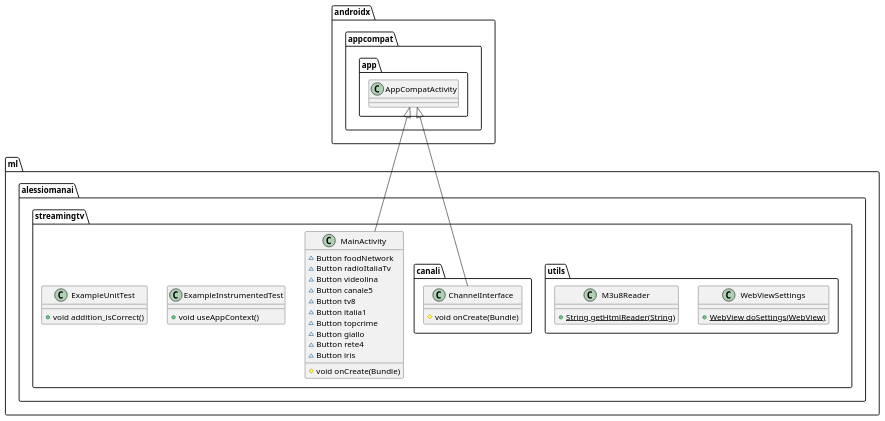
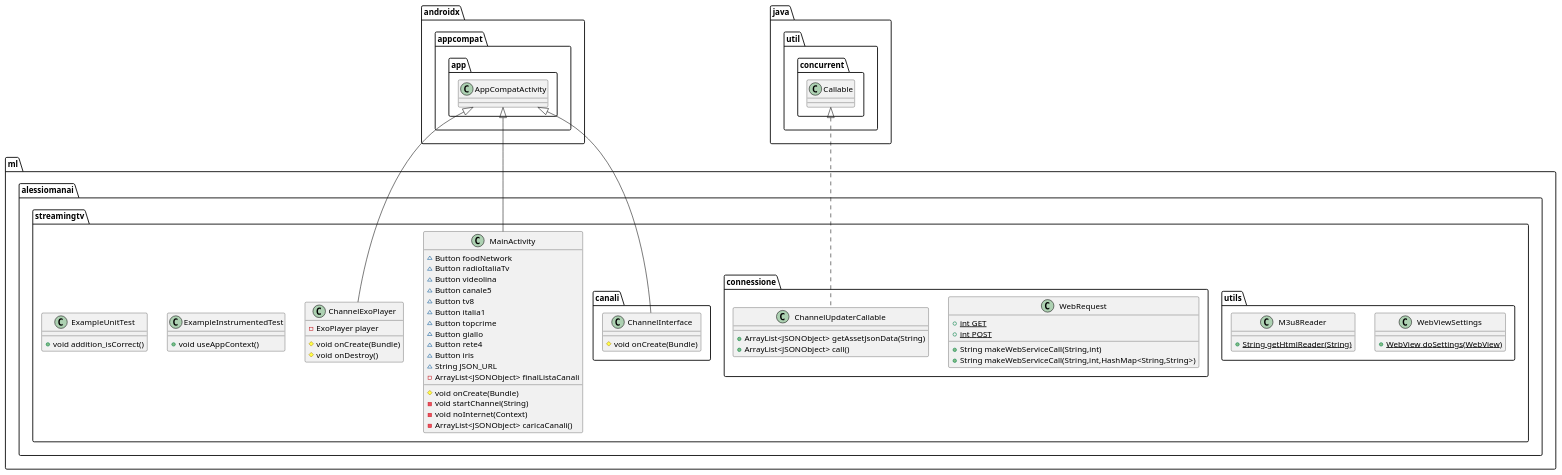
The diagram in docs/streamingtv.puml (alessiomanai/StreamingTV), drawn with PlantUML before and after one commit. The commit also changed 1 other file, not shown here.

```diff
--- a/docs/streamingtv.puml
+++ b/docs/streamingtv.puml
@@ -1,34 +1,56 @@
 @startuml
 class ml.alessiomanai.streamingtv.utils.WebViewSettings {
 + {static} WebView doSettings(WebView)
+}
+class ml.alessiomanai.streamingtv.connessione.WebRequest {
++ {static} int GET
++ {static} int POST
++ String makeWebServiceCall(String,int)
++ String makeWebServiceCall(String,int,HashMap<String,String>)
 }
 class ml.alessiomanai.streamingtv.MainActivity {
 ~ Button foodNetwork
 ~ Button radioItaliaTv
 ~ Button videolina
 ~ Button canale5
 ~ Button tv8
 ~ Button italia1
 ~ Button topcrime
 ~ Button giallo
 ~ Button rete4
 ~ Button iris
+~ String JSON_URL
+- ArrayList<JSONObject> finalListaCanali
 # void onCreate(Bundle)
+- void startChannel(String)
+- void noInternet(Context)
+- ArrayList<JSONObject> caricaCanali()
+}
+class ml.alessiomanai.streamingtv.connessione.ChannelUpdaterCallable {
++ ArrayList<JSONObject> getAssetJsonData(String)
++ ArrayList<JSONObject> call()
+}
+class ml.alessiomanai.streamingtv.ChannelExoPlayer {
+- ExoPlayer player
+# void onCreate(Bundle)
+# void onDestroy()
 }
 class ml.alessiomanai.streamingtv.ExampleInstrumentedTest {
 + void useAppContext()
 }
 class ml.alessiomanai.streamingtv.utils.M3u8Reader {
 + {static} String getHtmlReader(String)
 }
 class ml.alessiomanai.streamingtv.ExampleUnitTest {
 + void addition_isCorrect()
 }
 class ml.alessiomanai.streamingtv.canali.ChannelInterface {
 # void onCreate(Bundle)
 }
 
 
 androidx.appcompat.app.AppCompatActivity <|-- ml.alessiomanai.streamingtv.MainActivity
+java.util.concurrent.Callable <|.. ml.alessiomanai.streamingtv.connessione.ChannelUpdaterCallable
+androidx.appcompat.app.AppCompatActivity <|-- ml.alessiomanai.streamingtv.ChannelExoPlayer
 androidx.appcompat.app.AppCompatActivity <|-- ml.alessiomanai.streamingtv.canali.ChannelInterface
 @enduml
```
